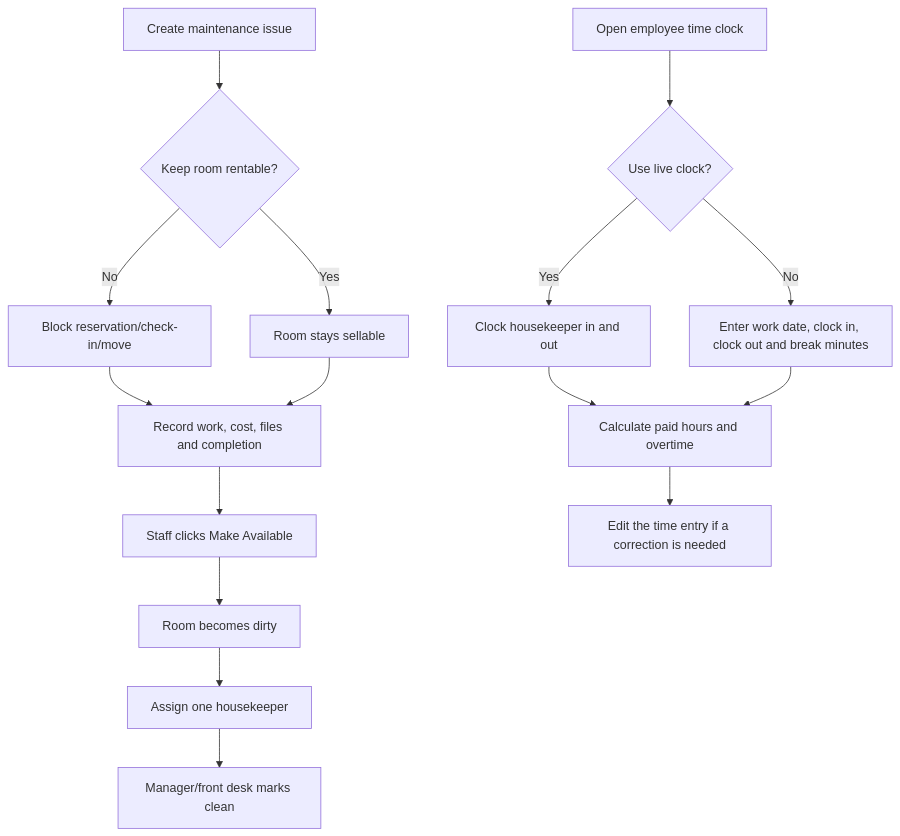
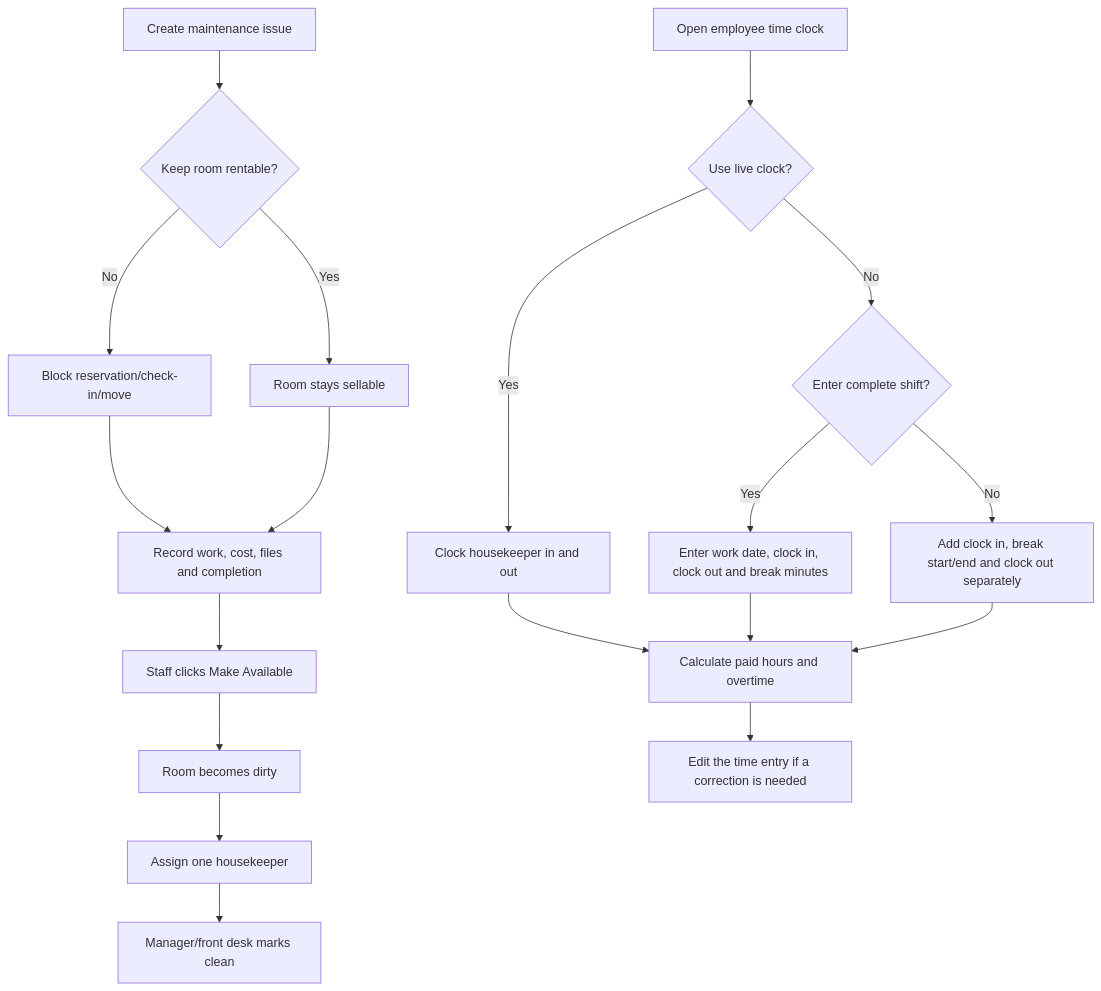
Before and after one commit to axellonecommerce-pixel/Hotel-PMS-Backend: the eighth of 11 diagrams in docs/user-flow.md, drawn with Mermaid. The commit also changed 10 other files, not shown here.

````diff
--- a/docs/user-flow.md
+++ b/docs/user-flow.md
@@ -126,18 +126,21 @@
 ```mermaid
 flowchart TD
   A[Create maintenance issue] --> B{Keep room rentable?}
   B -->|No| C[Block reservation/check-in/move]
   B -->|Yes| D[Room stays sellable]
   C --> E[Record work, cost, files and completion]
   D --> E
   E --> F[Staff clicks Make Available]
   F --> G[Room becomes dirty]
   G --> H[Assign one housekeeper]
   H --> I[Manager/front desk marks clean]
   J[Open employee time clock] --> K{Use live clock?}
   K -->|Yes| L[Clock housekeeper in and out]
-  K -->|No| M[Enter work date, clock in, clock out and break minutes]
+  K -->|No| M{Enter complete shift?}
+  M -->|Yes| P[Enter work date, clock in, clock out and break minutes]
+  M -->|No| Q[Add clock in, break start/end and clock out separately]
   L --> N[Calculate paid hours and overtime]
-  M --> N
+  P --> N
+  Q --> N
   N --> O[Edit the time entry if a correction is needed]
 ```
````
